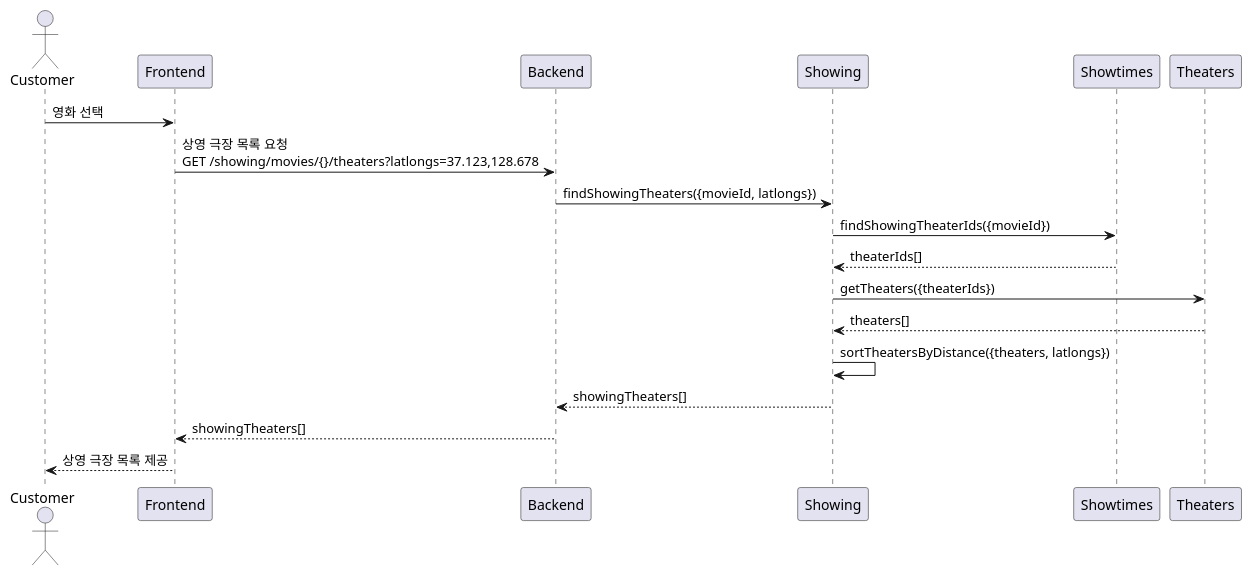
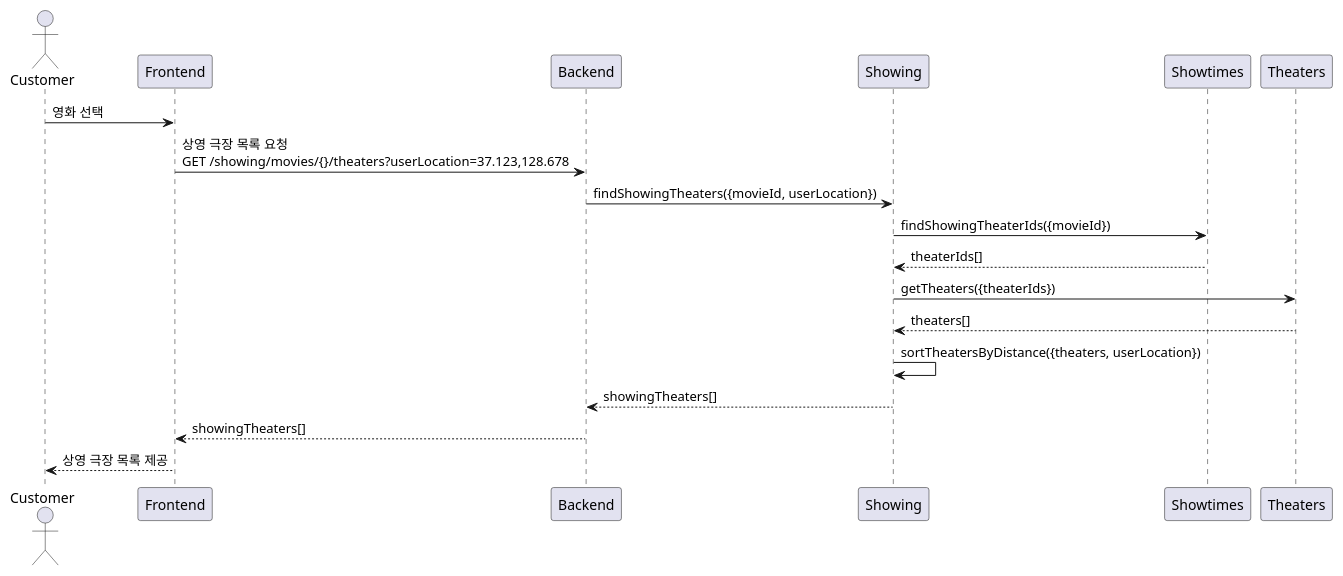
The second of 6 diagrams in docs/tickets-purchase.md (hunjuly/nest-seed), drawn with PlantUML before and after one commit. The commit also changed 10 other files, not shown here.

````diff
--- a/docs/tickets-purchase.md
+++ b/docs/tickets-purchase.md
@@ -93,17 +93,17 @@
 ```plantuml
 @startuml
 actor Customer
 
 Customer -> Frontend : 영화 선택
-    Frontend -> Backend : 상영 극장 목록 요청\nGET /showing/movies/{}/theaters?latlongs=37.123,128.678
-        Backend -> Showing: findShowingTheaters({movieId, latlongs})
+    Frontend -> Backend : 상영 극장 목록 요청\nGET /showing/movies/{}/theaters?userLocation=37.123,128.678
+        Backend -> Showing: findShowingTheaters({movieId, userLocation})
             Showing -> Showtimes: findShowingTheaterIds({movieId})
             Showing <-- Showtimes: theaterIds[]
             Showing -> Theaters: getTheaters({theaterIds})
             Showing <-- Theaters: theaters[]
-            Showing -> Showing: sortTheatersByDistance({theaters, latlongs})
+            Showing -> Showing: sortTheatersByDistance({theaters, userLocation})
         Backend <-- Showing: showingTheaters[]
     Frontend <-- Backend : showingTheaters[]
 Customer <-- Frontend : 상영 극장 목록 제공
 @enduml
 ```
````
